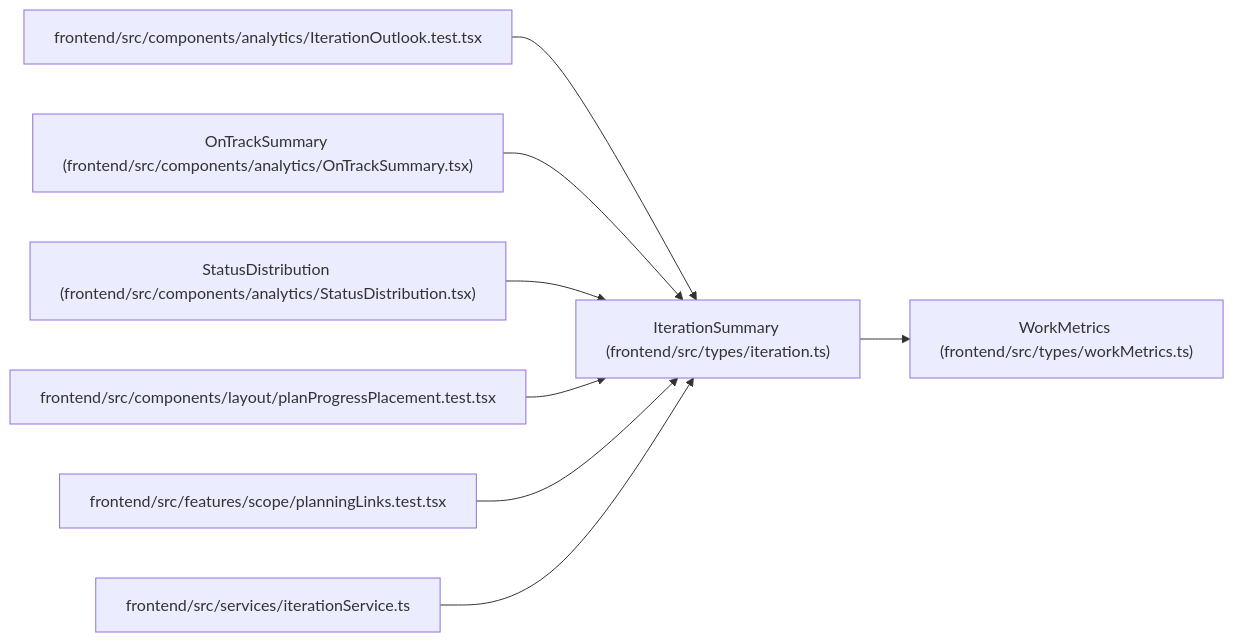
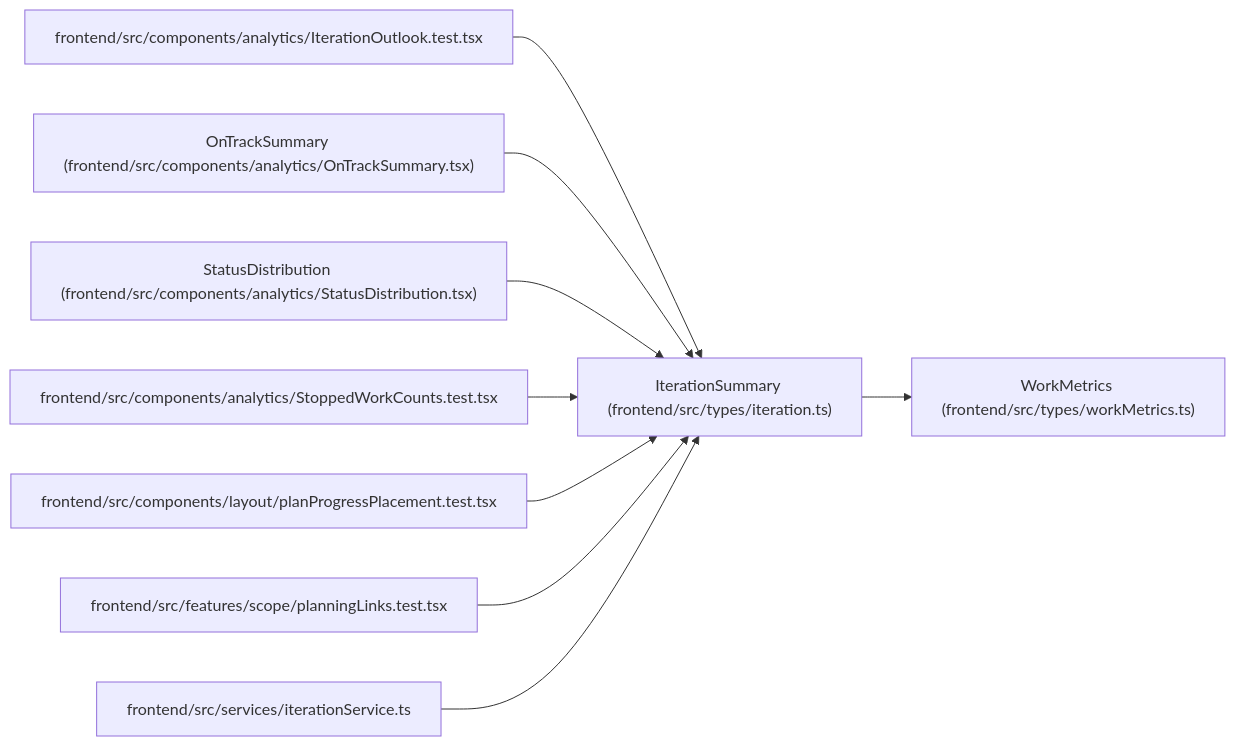
One commit to Denissvgn/WorkChord changed the diagram in docs/llm_wiki/entities/types_iteration_IterationSummary.md. Above: the diagram before and after it, drawn with Mermaid. The commit also changed other lines of this file and 674 other files, not shown here.

Commit message:
Sync the architectural wiki for showing stopped work

````diff
--- a/docs/llm_wiki/entities/types_iteration_IterationSummary.md
+++ b/docs/llm_wiki/entities/types_iteration_IterationSummary.md
@@ -43,26 +43,29 @@
 ```mermaid
 flowchart LR
     n0["IterationSummary (frontend/src/types/iteration.ts)"]
     n1["WorkMetrics (frontend/src/types/workMetrics.ts)"]
     n2["frontend/src/components/analytics/IterationOutlook.test.tsx"]
     n3["OnTrackSummary (frontend/src/components/analytics/OnTrackSummary.tsx)"]
     n4["StatusDistribution (frontend/src/components/analytics/StatusDistribution.tsx)"]
-    n5["frontend/src/components/layout/planProgressPlacement.test.tsx"]
-    n6["frontend/src/features/scope/planningLinks.test.tsx"]
-    n7["frontend/src/services/iterationService.ts"]
+    n5["frontend/src/components/analytics/StoppedWorkCounts.test.tsx"]
+    n6["frontend/src/components/layout/planProgressPlacement.test.tsx"]
+    n7["frontend/src/features/scope/planningLinks.test.tsx"]
+    n8["frontend/src/services/iterationService.ts"]
     n0 --> n1
     n2 --> n0
     n3 --> n0
     n4 --> n0
     n5 --> n0
     n6 --> n0
     n7 --> n0
+    n8 --> n0
     click n0 "../modules/types_iteration.md"
     click n1 "../modules/workMetrics.md"
     click n2 "../modules/IterationOutlook.test.md"
     click n3 "../modules/OnTrackSummary.md"
     click n4 "../modules/StatusDistribution.md"
-    click n5 "../modules/planProgressPlacement.test.md"
-    click n6 "../modules/planningLinks.test.md"
-    click n7 "../modules/iterationService.md"
+    click n5 "../modules/StoppedWorkCounts.test.md"
+    click n6 "../modules/planProgressPlacement.test.md"
+    click n7 "../modules/planningLinks.test.md"
+    click n8 "../modules/iterationService.md"
 ```
````
